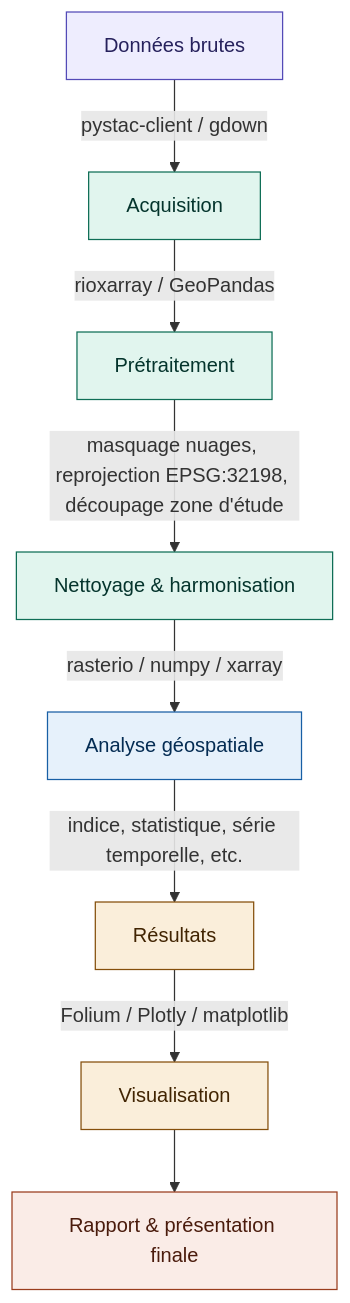
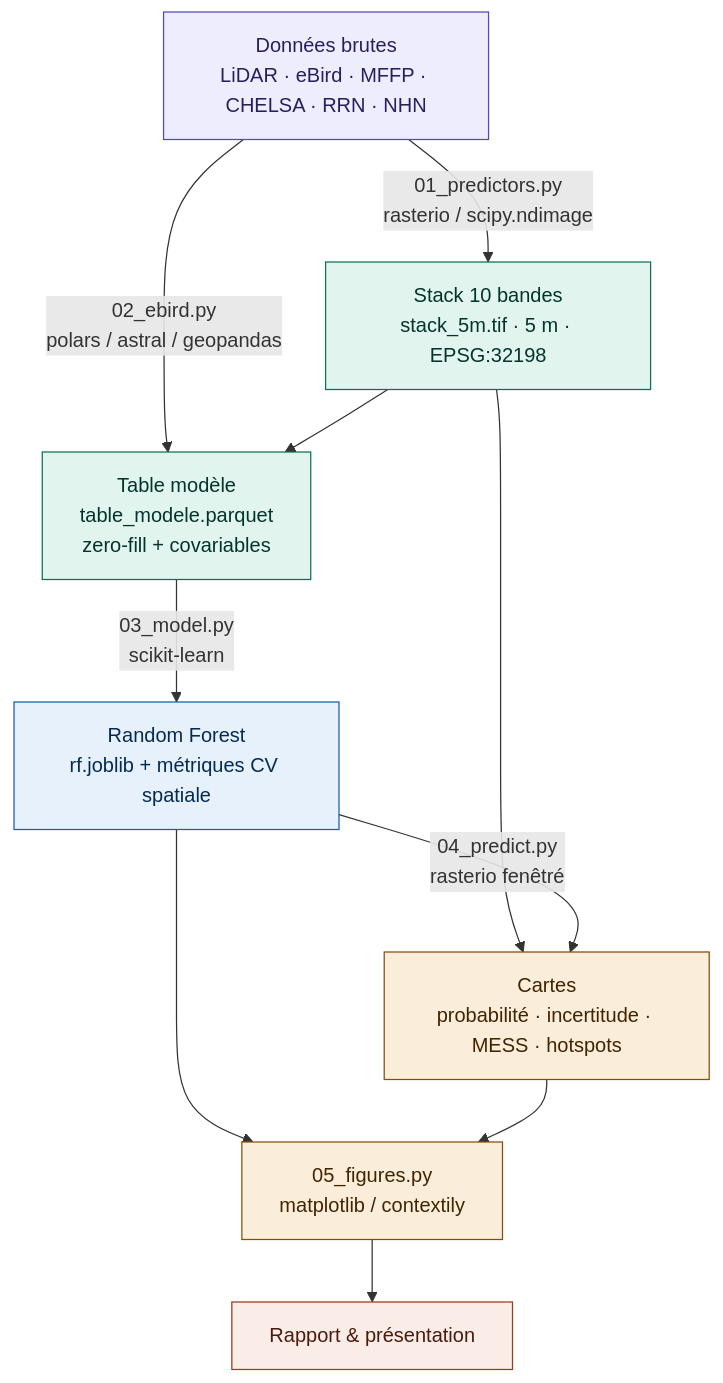
Before and after one commit to Corydalus/GMQ-580-Projet_session: the diagram in README.md, drawn with Mermaid. The commit also changed other lines of this file and 26 other files, not shown here.

````diff
--- a/README.md
+++ b/README.md
@@ -33,19 +56,20 @@
 ```mermaid
 flowchart TD
-    A[Données brutes] -->|pystac-client / gdown| B[Acquisition]
-    B -->|rioxarray / GeoPandas| C[Prétraitement]
-    C -->|masquage nuages, reprojection EPSG:32198, découpage zone d'étude| D[Nettoyage & harmonisation]
-    D -->|rasterio / numpy / xarray| E[Analyse géospatiale]
-    E -->|indice, statistique, série temporelle, etc.| F[Résultats]
-    F -->|Folium / Plotly / matplotlib| G[Visualisation]
-    G --> H[Rapport & présentation finale]
+    A[Données brutes<br/>LiDAR · eBird · MFFP · CHELSA · RRN · NHN] -->|01_predictors.py<br/>rasterio / scipy.ndimage| B[Stack 10 bandes<br/>stack_5m.tif · 5 m · EPSG:32198]
+    A -->|02_ebird.py<br/>polars / astral / geopandas| C[Table modèle<br/>table_modele.parquet<br/>zero-fill + covariables]
+    B --> C
+    C -->|03_model.py<br/>scikit-learn| D[Random Forest<br/>rf.joblib + métriques CV spatiale]
+    B --> E
+    D -->|04_predict.py<br/>rasterio fenêtré| E[Cartes<br/>probabilité · incertitude · MESS · hotspots]
+    D --> F
+    E --> F[05_figures.py<br/>matplotlib / contextily]
+    F --> G[Rapport & présentation]
 
     style A fill:#EEEDFE,stroke:#534AB7,color:#26215C
     style B fill:#E1F5EE,stroke:#0F6E56,color:#04342C
     style C fill:#E1F5EE,stroke:#0F6E56,color:#04342C
-    style D fill:#E1F5EE,stroke:#0F6E56,color:#04342C
-    style E fill:#E6F1FB,stroke:#185FA5,color:#042C53
+    style D fill:#E6F1FB,stroke:#185FA5,color:#042C53
+    style E fill:#FAEEDA,stroke:#854F0B,color:#412402
     style F fill:#FAEEDA,stroke:#854F0B,color:#412402
-    style G fill:#FAEEDA,stroke:#854F0B,color:#412402
-    style H fill:#FAECE7,stroke:#993C1D,color:#4A1B0C
+    style G fill:#FAECE7,stroke:#993C1D,color:#4A1B0C
 ```
````
